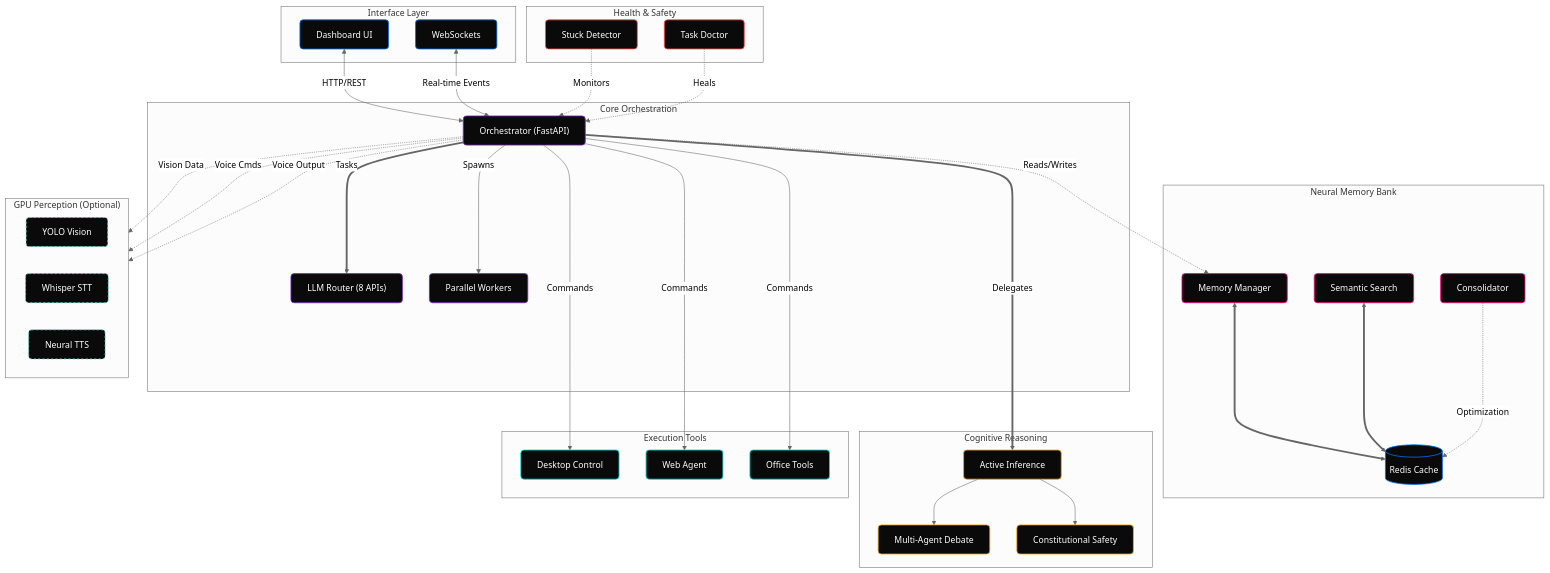
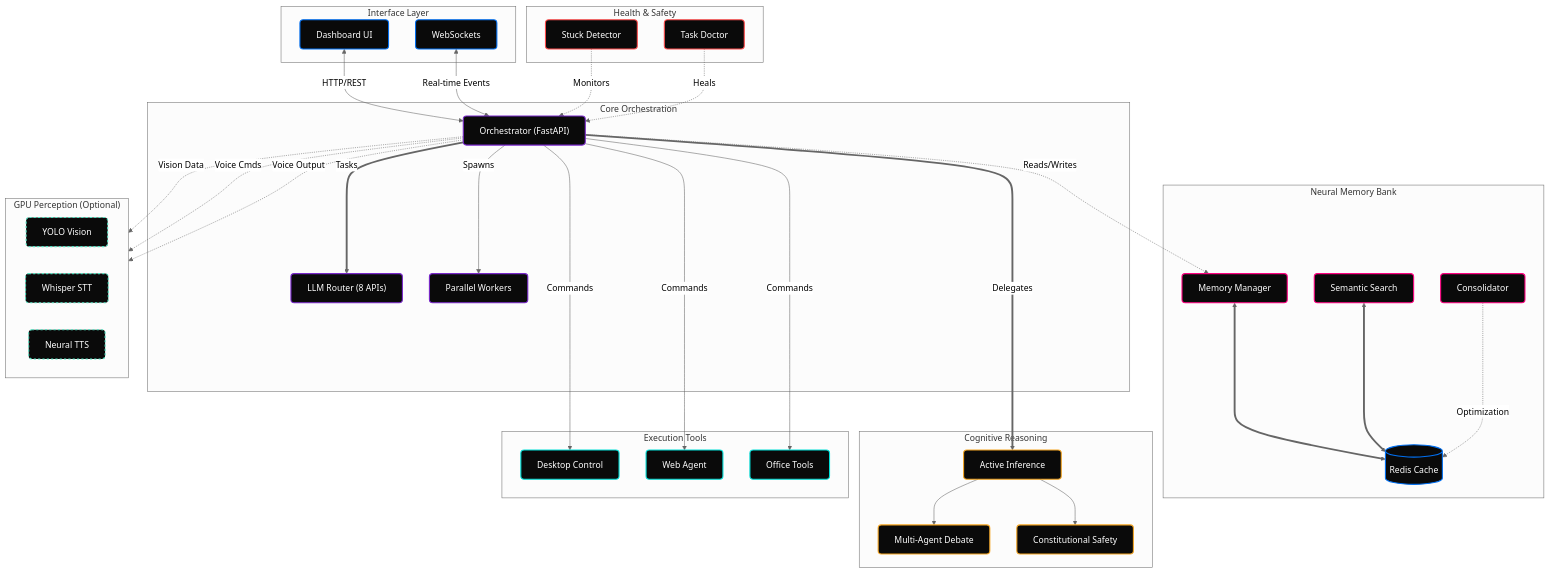
Before and after one commit to shashankrpatil077-ctrl/xoyo: the diagram in README.md, drawn with Mermaid (neutral theme).

Commit message:
fix: Quote actor aliases in sequence diagram and integer stroke-widths to ensure GitHub Mermaid compatibility

````diff
--- a/README.md
+++ b/README.md
@@ -89,13 +89,13 @@
 ```mermaid
 graph TB
-    classDef frontend fill:#0A0A0A,stroke:#0070F3,stroke-width:1.5px,color:#FFFFFF,rx:6,ry:6
-    classDef core fill:#0A0A0A,stroke:#7928CA,stroke-width:1.5px,color:#FFFFFF,rx:6,ry:6
-    classDef mem fill:#0A0A0A,stroke:#FF0080,stroke-width:1.5px,color:#FFFFFF,rx:6,ry:6
-    classDef reason fill:#0A0A0A,stroke:#F5A623,stroke-width:1.5px,color:#FFFFFF,rx:6,ry:6
-    classDef tool fill:#0A0A0A,stroke:#00DFD8,stroke-width:1.5px,color:#FFFFFF,rx:6,ry:6
-    classDef watch fill:#0A0A0A,stroke:#FF4D4D,stroke-width:1.5px,color:#FFFFFF,rx:6,ry:6
-    classDef gpu fill:#0A0A0A,stroke:#50E3C2,stroke-width:1.5px,stroke-dasharray: 4 4,color:#FFFFFF,rx:6,ry:6
-    classDef db fill:#0A0A0A,stroke:#0070F3,stroke-width:1.5px,color:#FFFFFF
+    classDef frontend fill:#0A0A0A,stroke:#0070F3,stroke-width:2px,color:#FFFFFF,rx:6,ry:6
+    classDef core fill:#0A0A0A,stroke:#7928CA,stroke-width:2px,color:#FFFFFF,rx:6,ry:6
+    classDef mem fill:#0A0A0A,stroke:#FF0080,stroke-width:2px,color:#FFFFFF,rx:6,ry:6
+    classDef reason fill:#0A0A0A,stroke:#F5A623,stroke-width:2px,color:#FFFFFF,rx:6,ry:6
+    classDef tool fill:#0A0A0A,stroke:#00DFD8,stroke-width:2px,color:#FFFFFF,rx:6,ry:6
+    classDef watch fill:#0A0A0A,stroke:#FF4D4D,stroke-width:2px,color:#FFFFFF,rx:6,ry:6
+    classDef gpu fill:#0A0A0A,stroke:#50E3C2,stroke-width:2px,stroke-dasharray: 4 4,color:#FFFFFF,rx:6,ry:6
+    classDef db fill:#0A0A0A,stroke:#0070F3,stroke-width:2px,color:#FFFFFF
 
     subgraph User["Interface Layer"]
         A["Dashboard UI"]:::frontend
````
